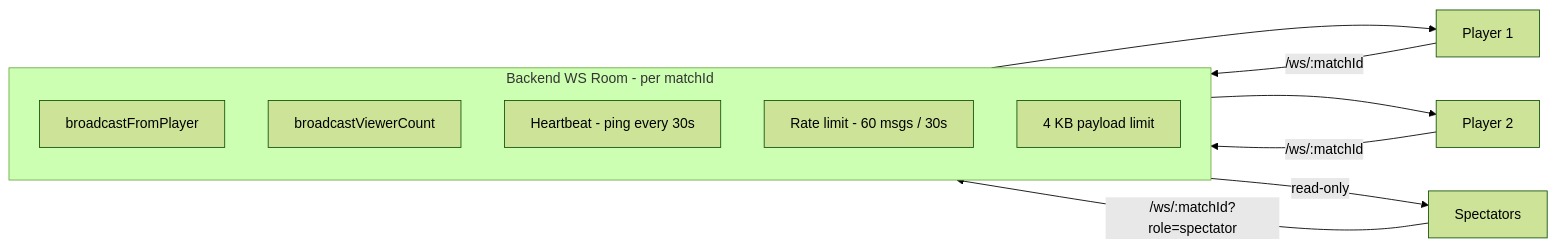
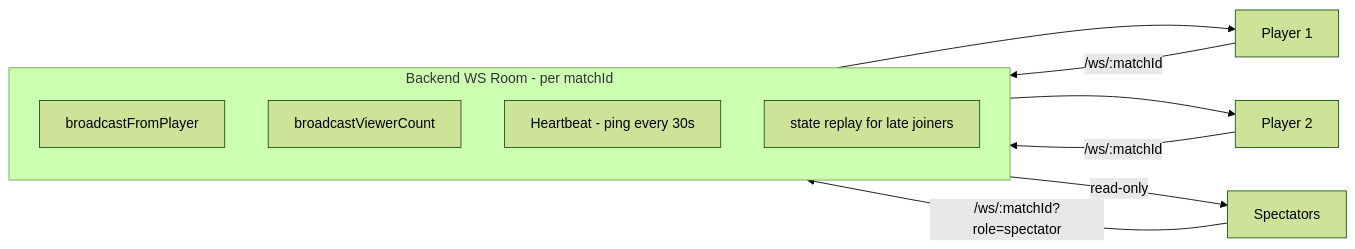
Before and after one commit to Im-A-Nuel/Mindduel: the third of 3 diagrams in docs/technical/architecture.md, drawn with Mermaid (forest theme). The commit also changed other lines of this file and 20 other files, not shown here.

````diff
--- a/docs/technical/architecture.md
+++ b/docs/technical/architecture.md
@@ -191,18 +177,17 @@
 ```mermaid
 flowchart LR
     P1[Player 1] -->|/ws/:matchId| ROOM
     P2[Player 2] -->|/ws/:matchId| ROOM
     SP[Spectators] -->|/ws/:matchId?role=spectator| ROOM
 
     subgraph ROOM[Backend WS Room - per matchId]
         BRD[broadcastFromPlayer]
         BTV[broadcastViewerCount]
         HB[Heartbeat - ping every 30s]
-        RL[Rate limit - 60 msgs / 30s]
-        SZ[4 KB payload limit]
+        STATE[state replay for late joiners]
     end
 
     ROOM --> P1
     ROOM --> P2
     ROOM -->|read-only| SP
 ```
````
